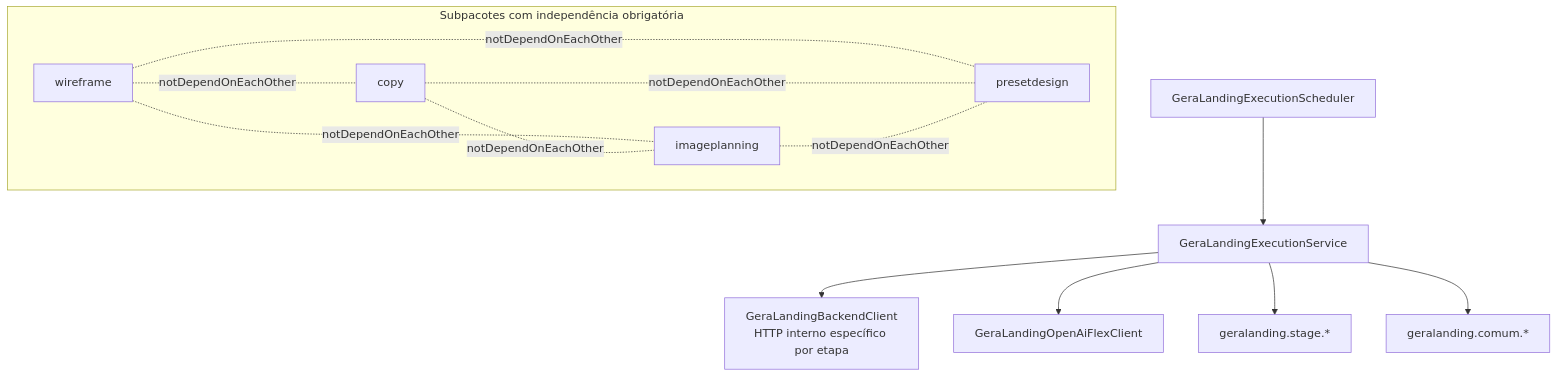
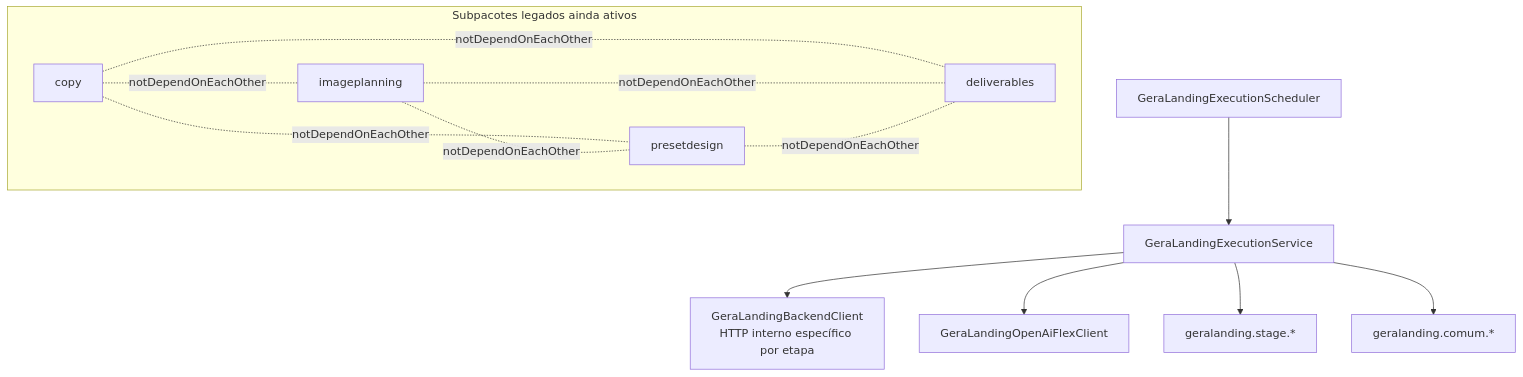
Before and after one commit to paulofor/marketing-hub: the third of 3 diagrams in docs/canonical/geralanding-arquitetura-canon.v1.md, drawn with Mermaid. The commit also changed other lines of this file and 16 other files, not shown here.

````diff
--- a/docs/canonical/geralanding-arquitetura-canon.v1.md
+++ b/docs/canonical/geralanding-arquitetura-canon.v1.md
@@ -46,23 +72,22 @@
 ```mermaid
 flowchart TD
     SCH[GeraLandingExecutionScheduler] --> EXEC[GeraLandingExecutionService]
     EXEC --> BACK[GeraLandingBackendClient<br/>HTTP interno específico por etapa]
     EXEC --> OPENAI[GeraLandingOpenAiFlexClient]
     EXEC --> STAGE[geralanding.stage.*]
     EXEC --> COMUM[geralanding.comum.*]
 
-    subgraph SLICES[Subpacotes com independência obrigatória]
-      SW[wireframe]
+    subgraph SLICES[Subpacotes legados ainda ativos]
       SC[copy]
       SI[imageplanning]
       SP[presetdesign]
+      SD[deliverables]
     end
 
-    SW -. notDependOnEachOther .- SC
-    SW -. notDependOnEachOther .- SI
-    SW -. notDependOnEachOther .- SP
     SC -. notDependOnEachOther .- SI
     SC -. notDependOnEachOther .- SP
+    SC -. notDependOnEachOther .- SD
     SI -. notDependOnEachOther .- SP
-
+    SI -. notDependOnEachOther .- SD
+    SP -. notDependOnEachOther .- SD
 ```
````
